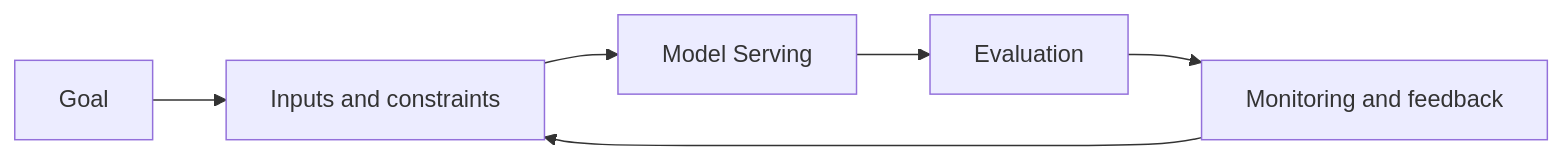
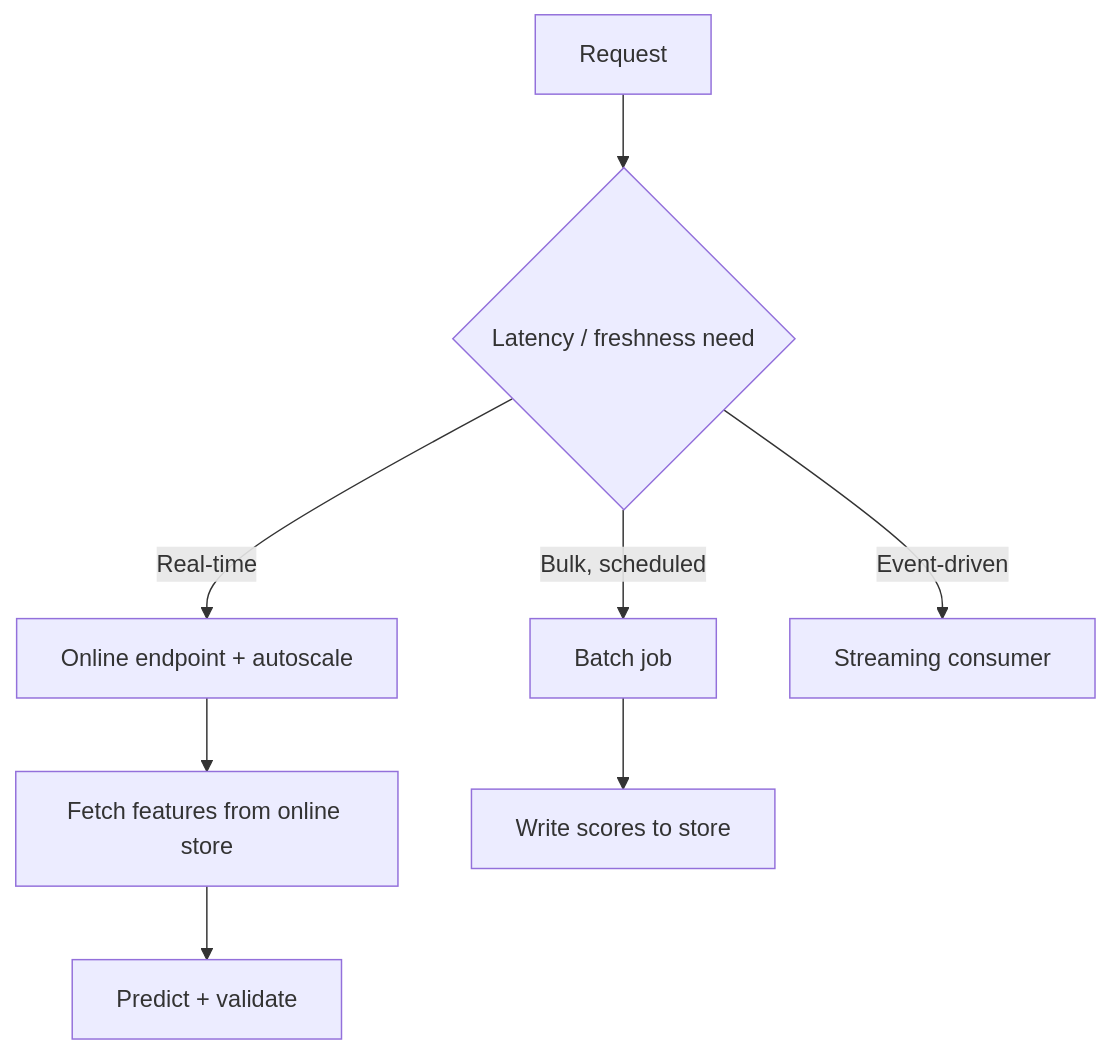
The diagram in mlops/07-model-serving.md (Icon1cc/Machine-Learning), drawn with Mermaid before and after one commit. The commit also changed other lines of this file and 118 other files, not shown here.

````diff
--- a/mlops/07-model-serving.md
+++ b/mlops/07-model-serving.md
@@ -93,8 +71,10 @@
 ```mermaid
-flowchart LR
-    A[Goal] --> B[Inputs and constraints]
-    B --> C[Model Serving]
-    C --> D[Evaluation]
-    D --> E[Monitoring and feedback]
-    E --> B
+flowchart TD
+    A[Request] --> B{Latency / freshness need}
+    B -- Real-time --> C[Online endpoint + autoscale]
+    B -- Bulk, scheduled --> D[Batch job]
+    B -- Event-driven --> E[Streaming consumer]
+    C --> F[Fetch features from online store]
+    F --> G[Predict + validate]
+    D --> H[Write scores to store]
 ```
````
